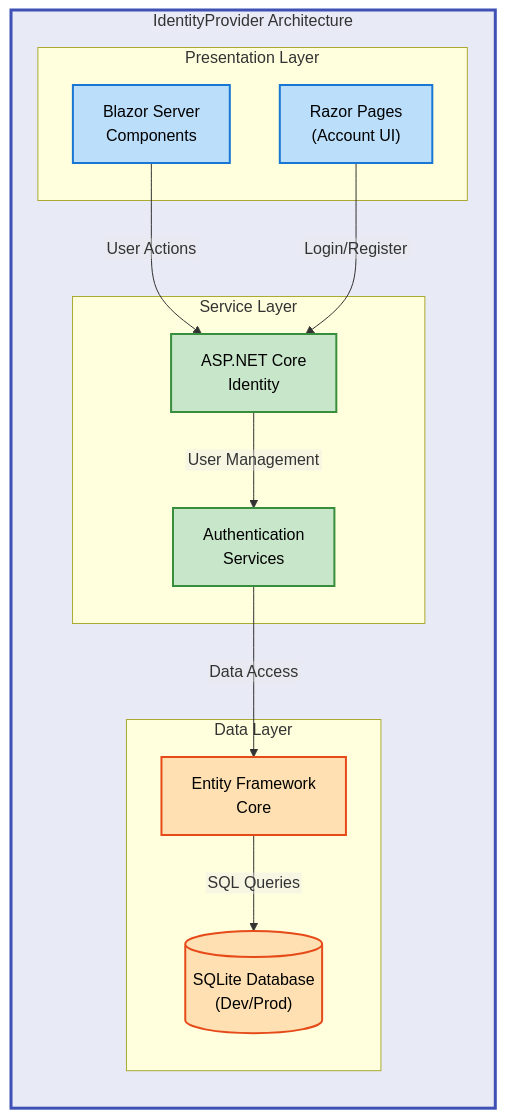
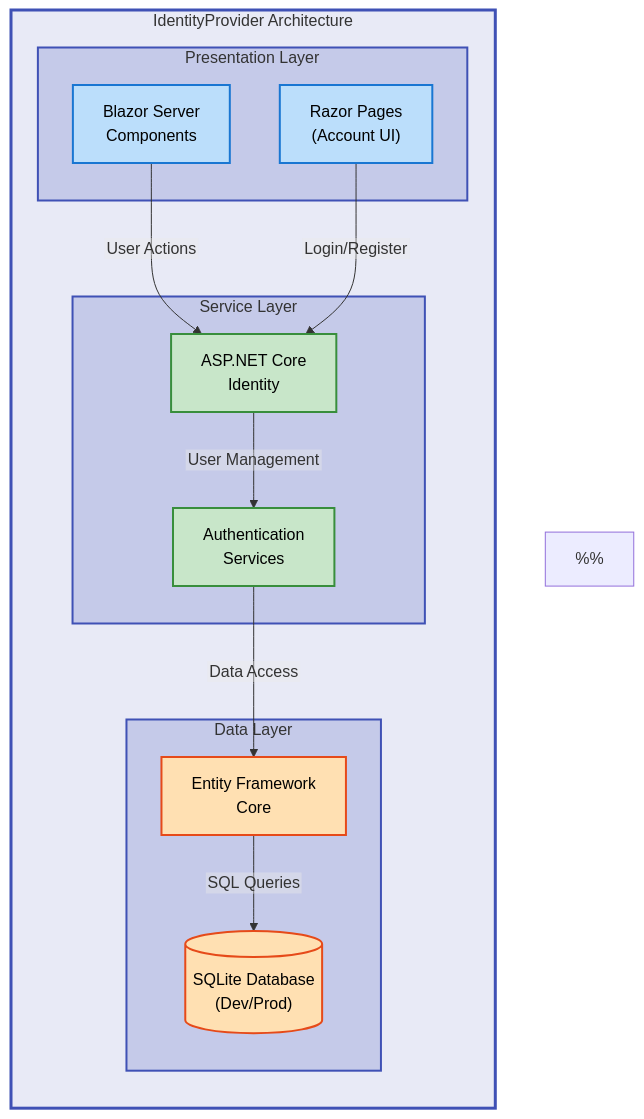
The diagram in README.md (Evilazaro/IdentityProvider), drawn with Mermaid before and after one commit.

Commit message:
Enhance architecture diagram in README.md with detailed color scheme documentation for improved visual clarity and separation of layers

````diff
--- a/README.md
+++ b/README.md
@@ -24,10 +24,59 @@
 ```mermaid
 %%{init: {"flowchart": {"htmlLabels": false}} }%%
 flowchart TB
+    %% ============================================
+    %% STANDARD COLOR SCHEME - DO NOT MODIFY
+    %% ============================================
+    %% Main Group Level (Neutral background)
     classDef mainGroup fill:#E8EAF6,stroke:#3F51B5,stroke-width:3px,color:#000
+
+    %% Sub Group Level
+    classDef subGroup fill:#C5CAE9,stroke:#3F51B5,stroke-width:2px,color:#000
+
+    %% Content Level (Semantic colors)
     classDef mdBlue fill:#BBDEFB,stroke:#1976D2,stroke-width:2px,color:#000
     classDef mdGreen fill:#C8E6C9,stroke:#388E3C,stroke-width:2px,color:#000
+    classDef mdRed fill:#FFCDD2,stroke:#D32F2F,stroke-width:2px,color:#000
+    classDef mdYellow fill:#FFF9C4,stroke:#F57F17,stroke-width:2px,color:#000
     classDef mdOrange fill:#FFE0B2,stroke:#E64A19,stroke-width:2px,color:#000
+    classDef mdPurple fill:#E1BEE7,stroke:#7B1FA2,stroke-width:2px,color:#000
+    classDef mdTeal fill:#B2DFDB,stroke:#00796B,stroke-width:2px,color:#000
+    classDef mdGrey fill:#F5F5F5,stroke:#616161,stroke-width:2px,color:#000
+    %% ============================================
+
+    %% ============================================
+    %% COLOR SCHEME DOCUMENTATION
+    %% ============================================
+    %% Level 1 (Main Groups): Indigo 50 (#E8EAF6)
+    %%   - Used for: Top-level system container
+    %%   - Purpose: Visual separation and hierarchy
+    %%   - Stroke: Indigo 500 (#3F51B5), 3px
+    %%
+    %% Level 2 (Sub Groups): Indigo 100 (#C5CAE9)
+    %%   - Used for: Architecture layer groupings
+    %%   - Purpose: Distinguish presentation/service/data tiers
+    %%   - Stroke: Indigo 500 (#3F51B5), 2px
+    %%
+    %% Level 3 (Content): Material Design semantic colors
+    %%   - Blue (#BBDEFB): Presentation layer components
+    %%   - Green (#C8E6C9): Service layer components
+    %%   - Orange (#FFE0B2): Data layer components
+    %%
+    %% Accessibility: All colors meet WCAG AA contrast ratio
+    %% requirements (4.5:1 minimum) against text (#000)
+    %% ============================================
+
+    %% ============================================
+    %% ARCHITECTURE OVERVIEW
+    %% ============================================
+    %% This diagram represents a three-tier architecture:
+    %% - Presentation Layer: User-facing Blazor components
+    %% - Service Layer: Authentication & authorization logic
+    %% - Data Layer: Database persistence with EF Core
+    %%
+    %% Design Pattern: Layered architecture with clear
+    %% separation of concerns for maintainability
+    %% ============================================
 
     subgraph system["IdentityProvider Architecture"]
         direction TB
@@ -54,5 +103,9 @@
         ef -->|"SQL Queries"| db
     end
 
+    %% Apply hierarchical colors to subgraphs
     style system fill:#E8EAF6,stroke:#3F51B5,stroke-width:3px
+    style presentation fill:#C5CAE9,stroke:#3F51B5,stroke-width:2px
+    style services fill:#C5CAE9,stroke:#3F51B5,stroke-width:2px
+    style data fill:#C5CAE9,stroke:#3F51B5,stroke-width:2px
 ```
````
